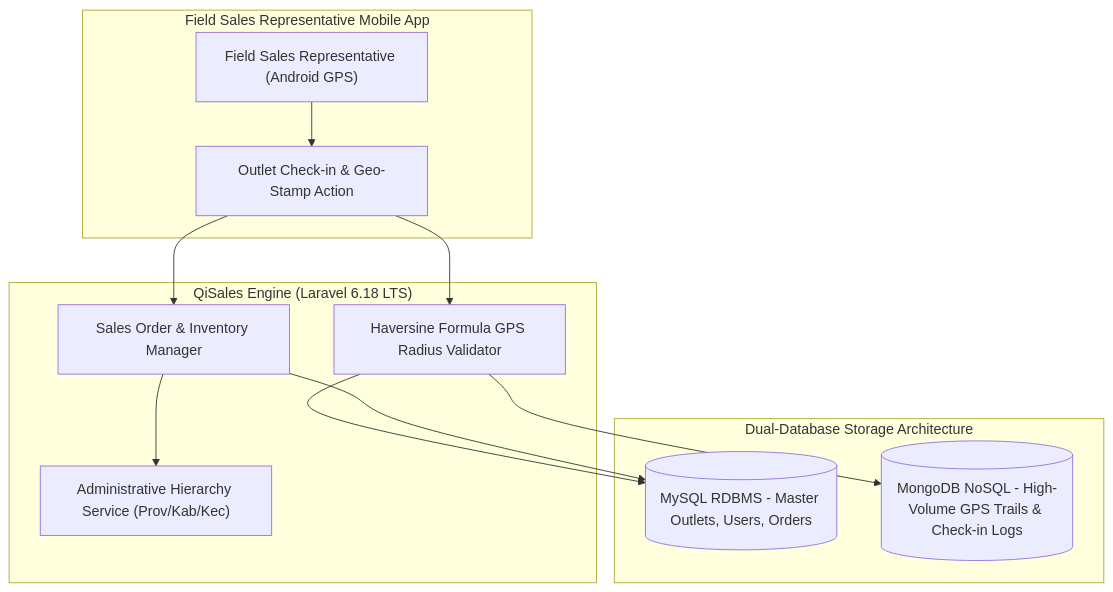
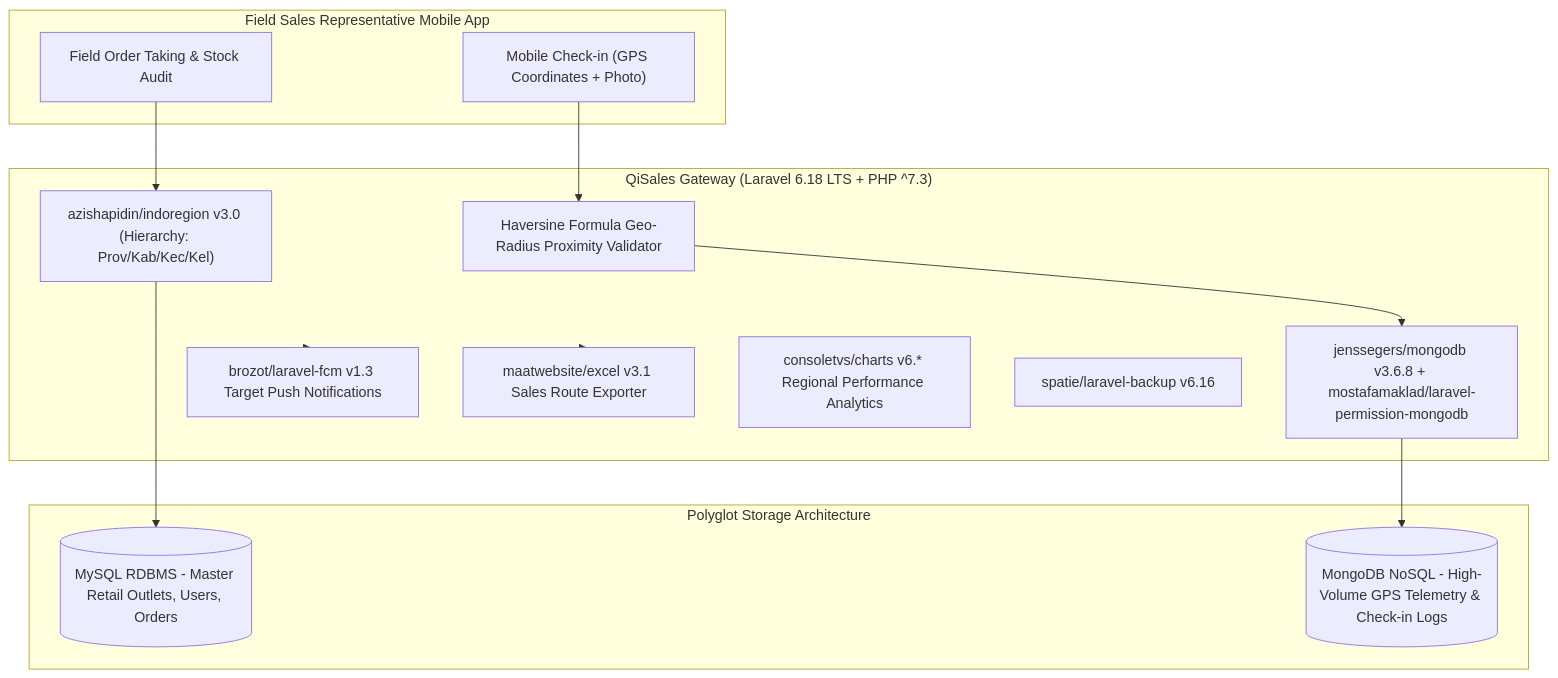
One commit to MHendriF/my-resume changed the diagram in experience/pt-qira-teknologi-indonesia/overview-projects/qisales-backend/ARCHITECTURE.md. Above: the diagram before and after it, drawn with Mermaid. The commit also changed other lines of this file and 27 other files, not shown here.

Commit message:
docs: synchronize all ARCHITECTURE.md files with exact package.json and composer.json manifests

````diff
--- a/experience/pt-qira-teknologi-indonesia/overview-projects/qisales-backend/ARCHITECTURE.md
+++ b/experience/pt-qira-teknologi-indonesia/overview-projects/qisales-backend/ARCHITECTURE.md
@@ -19,24 +19,28 @@
 ```mermaid
 flowchart TD
-    subgraph MobileApp ["Field Sales Representative Mobile App"]
-        SalesAgent["Field Sales Representative (Android GPS)"]
-        CheckInAction["Outlet Check-in & Geo-Stamp Action"]
+    subgraph MobileSalesApp ["Field Sales Representative Mobile App"]
+        GPSCheckIn["Mobile Check-in (GPS Coordinates + Photo)"]
+        OrderTaking["Field Order Taking & Stock Audit"]
     end
 
-    subgraph SFABackend ["QiSales Engine (Laravel 6.18 LTS)"]
-        GeoValidator["Haversine Formula GPS Radius Validator"]
-        SalesOrderService["Sales Order & Inventory Manager"]
-        IndoRegionService["Administrative Hierarchy Service (Prov/Kab/Kec)"]
+    subgraph SFABackendCore ["QiSales Gateway (Laravel 6.18 LTS + PHP ^7.3)"]
+        GeoFence["Haversine Formula Geo-Radius Proximity Validator"]
+        IndoRegion["azishapidin/indoregion v3.0 (Hierarchy: Prov/Kab/Kec/Kel)"]
+        MongoDBDriver["jenssegers/mongodb v3.6.8 + mostafamaklad/laravel-permission-mongodb"]
+        FCMAlerts["brozot/laravel-fcm v1.3 Target Push Notifications"]
+        ExcelReport["maatwebsite/excel v3.1 Sales Route Exporter"]
+        ChartsEngine["consoletvs/charts v6.* Regional Performance Analytics"]
+        BackupRoutine["spatie/laravel-backup v6.16"]
     end
 
-    subgraph PolyglotDB ["Dual-Database Storage Architecture"]
-        MySQL_DB[(MySQL RDBMS - Master Outlets, Users, Orders)]
-        MongoDB[(MongoDB NoSQL - High-Volume GPS Trails & Check-in Logs)]
+    subgraph DualDataStore ["Polyglot Storage Architecture"]
+        MySQL_DB[(MySQL RDBMS - Master Retail Outlets, Users, Orders)]
+        MongoDB_Cluster[(MongoDB NoSQL - High-Volume GPS Telemetry & Check-in Logs)]
     end
 
-    SalesAgent --> CheckInAction --> GeoValidator
-    GeoValidator --> MySQL_DB
-    GeoValidator --> MongoDB
-    CheckInAction --> SalesOrderService --> MySQL_DB
-    SalesOrderService --> IndoRegionService
+    GPSCheckIn --> GeoFence
+    GeoFence --> MongoDBDriver --> MongoDB_Cluster
+    OrderTaking --> IndoRegion --> MySQL_DB
+    SFABackendCore --> FCMAlerts
+    SFABackendCore --> ExcelReport
 ```
````
